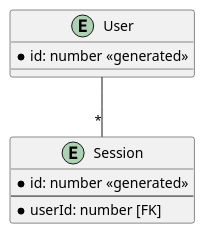
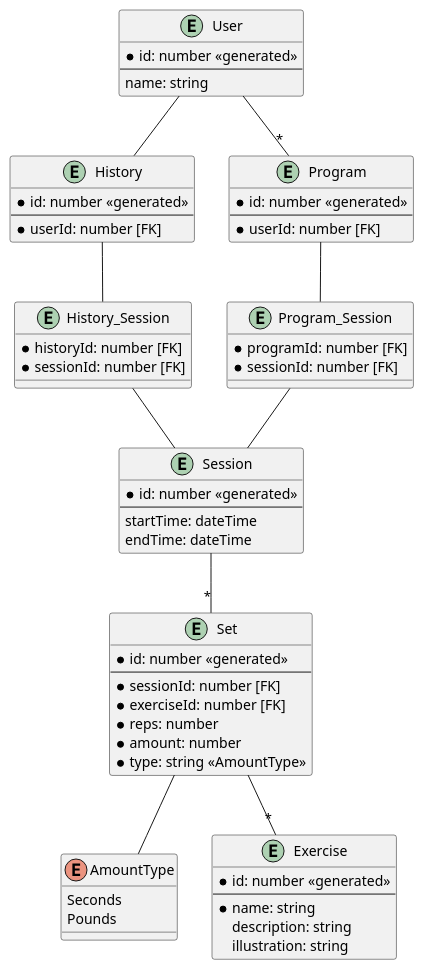
The diagram in docs/EntityRelationships.puml (ohdyno/five-three-one), drawn with PlantUML before and after one commit.

Commit message:
doc: flush out additional entity relationships

```diff
--- a/docs/EntityRelationships.puml
+++ b/docs/EntityRelationships.puml
@@ -1,16 +1,79 @@
 @startuml
 'https://plantuml.com/ie-diagram
 
 entity User {
     * id: number <<generated>>
+    --
+    name: string
+}
+
+entity History {
+    * id: number <<generated>>
+    --
+    * userId: number [FK]
+}
+
+entity Program {
+    * id: number <<generated>>
+    --
+    * userId: number [FK]
+}
+
+entity Program_Session {
+    * programId: number [FK]
+    * sessionId: number [FK]
+}
+
+entity History_Session {
+    * historyId: number [FK]
+    * sessionId: number [FK]
 }
 
 entity Session {
     * id: number <<generated>>
     --
-    * userId: number [FK]
+    startTime: dateTime
+    endTime: dateTime
 }
 
-User -- "*" Session
+enum AmountType {
+Seconds
+Pounds
+}
 
+entity Set {
+    * id: number <<generated>>
+    --
+    * sessionId: number [FK]
+    * exerciseId: number [FK]
+    * reps: number
+    * amount: number
+    * type: string <<AmountType>>
+}
+
+entity Exercise {
+    * id: number <<generated>>
+    --
+    * name: string
+    description: string
+    illustration: string
+}
+
+User -- History
+
+History -- History_Session
+
+History_Session -- Session
+
+Session -- "*" Set
+
+Set -- "*" Exercise
+
+Set -- AmountType
+
+User -- "*" Program
+
+Program -- Program_Session
+
+Program_Session -- Session
 @enduml
```
